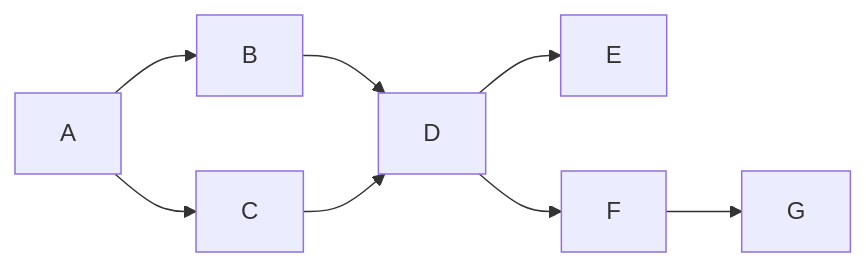
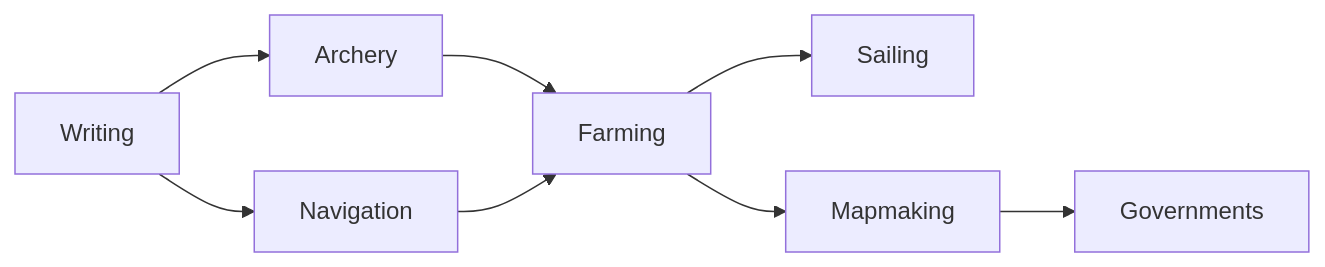
The second of 3 diagrams in README.md (samsmithnz/ResearchTree), drawn with Mermaid before and after one commit. The commit also changed other lines of this file, not shown here.

````diff
--- a/README.md
+++ b/README.md
@@ -22,9 +23,16 @@
 ```mermaid
 graph LR;
-    A-->B;
-    A-->C;
-    B-->D;
-    C-->D;
-    D-->E;
-    D-->F-->G;
+    A[Writing]
+    B[Archery]
+    C[Navigation]
+    D[Farming]
+    E[Sailing]
+    F[Mapmaking]
+    G[Governments]
+    A-->B
+    A-->C
+    B-->D
+    C-->D
+    D-->E
+    D-->F-->G
 ```
````
